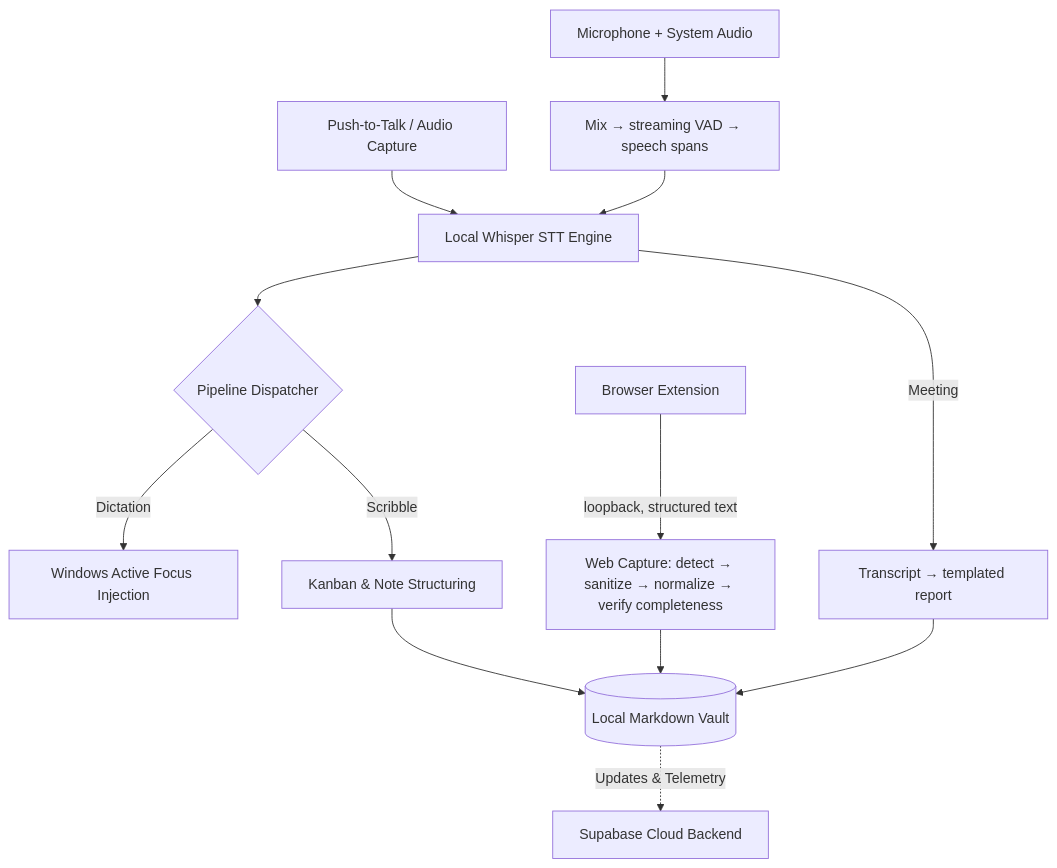
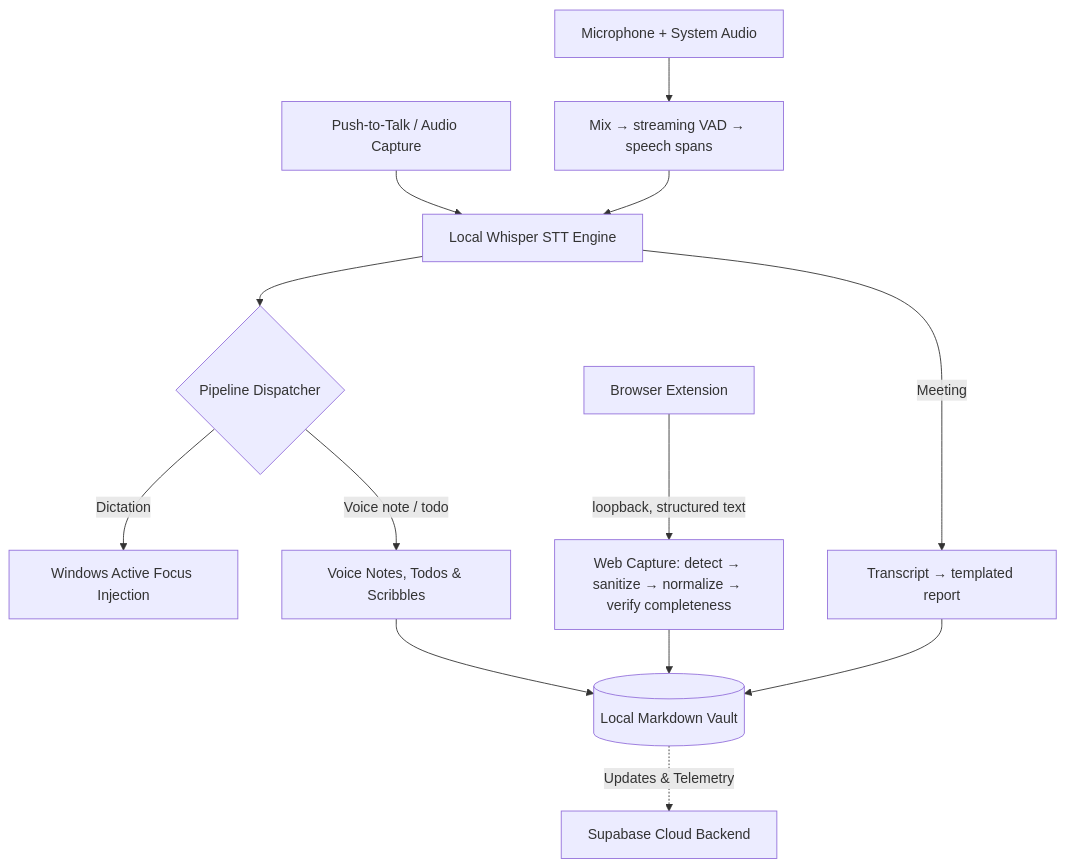
One commit to Nitinsudarshan/Vox changed the diagram in README.md. Above: the diagram before and after it, drawn with Mermaid. The commit also changed other lines of this file and 11 other files, not shown here.

````diff
--- a/README.md
+++ b/README.md
@@ -70,15 +70,15 @@
 ```mermaid
 flowchart TD
     A[Push-to-Talk / Audio Capture] --> B[Local Whisper STT Engine]
     B --> C{Pipeline Dispatcher}
     C -->|Dictation| D[Windows Active Focus Injection]
-    C -->|Scribble| E[Kanban & Note Structuring]
+    C -->|Voice note / todo| E[Voice Notes, Todos & Scribbles]
     M[Microphone + System Audio] --> N[Mix → streaming VAD → speech spans]
     N --> B
     B -->|Meeting| O[Transcript → templated report]
     O --> F[(Local Markdown Vault)]
     W[Browser Extension] -->|loopback, structured text| X[Web Capture: detect → sanitize → normalize → verify completeness]
     X --> F
     E --> F
     F -.->|Updates & Telemetry| G[Supabase Cloud Backend]
 ```
````
